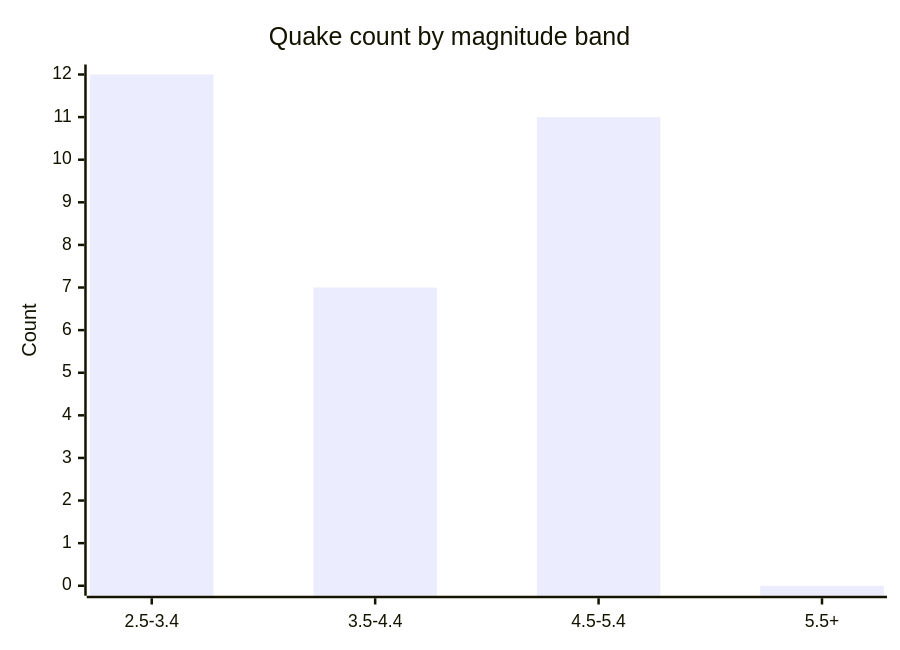
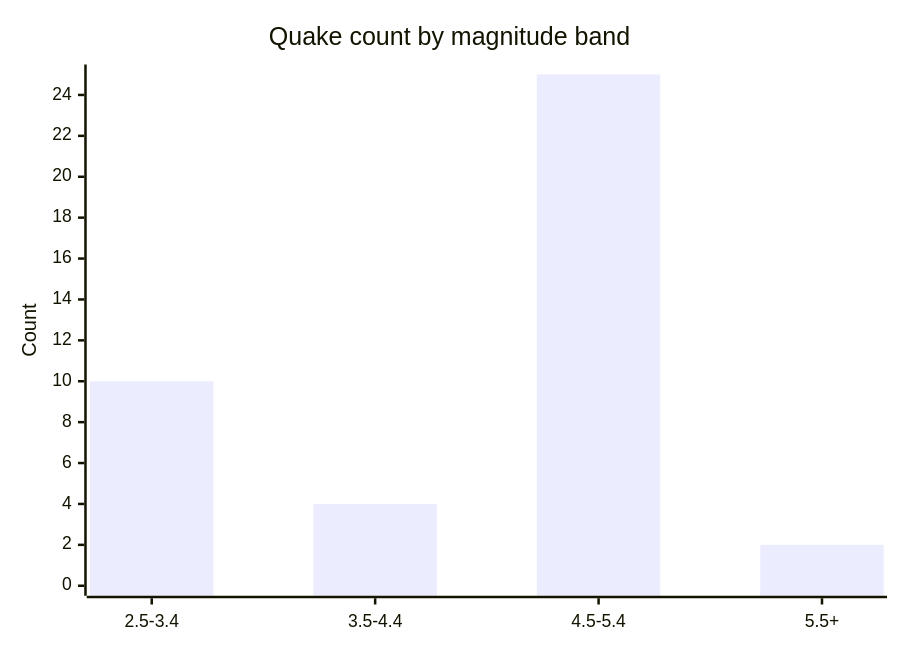
Before and after one commit to Midwest-Stratospheric/aerostratospheric-defense-gir: the fifth of 6 diagrams in docs/GRAPHS.md, drawn with Mermaid. The commit also changed other lines of this file and 23 other files, not shown here.

````diff
--- a/docs/GRAPHS.md
+++ b/docs/GRAPHS.md
@@ -82,7 +82,7 @@
 ```mermaid
 xychart-beta
   title "Quake count by magnitude band"
   x-axis ["2.5-3.4", "3.5-4.4", "4.5-5.4", "5.5+"]
-  y-axis "Count" 0 --> 12
-  bar [12, 7, 11, 0]
+  y-axis "Count" 0 --> 25
+  bar [10, 4, 25, 2]
 ```
````
